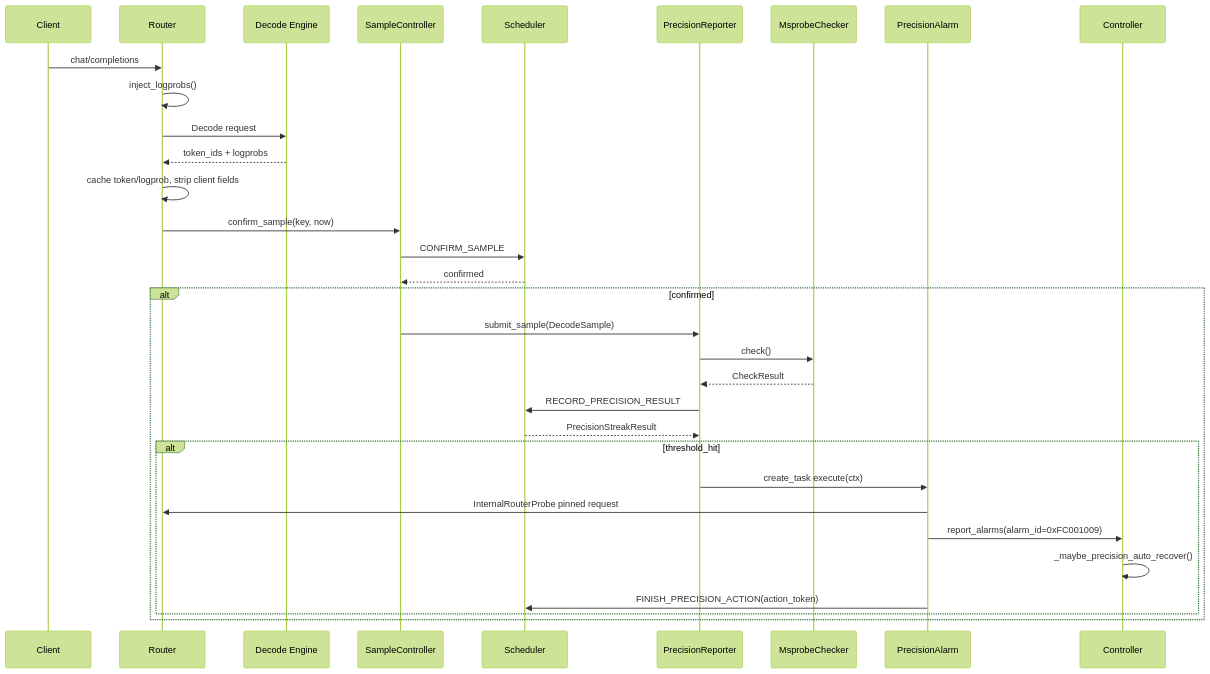
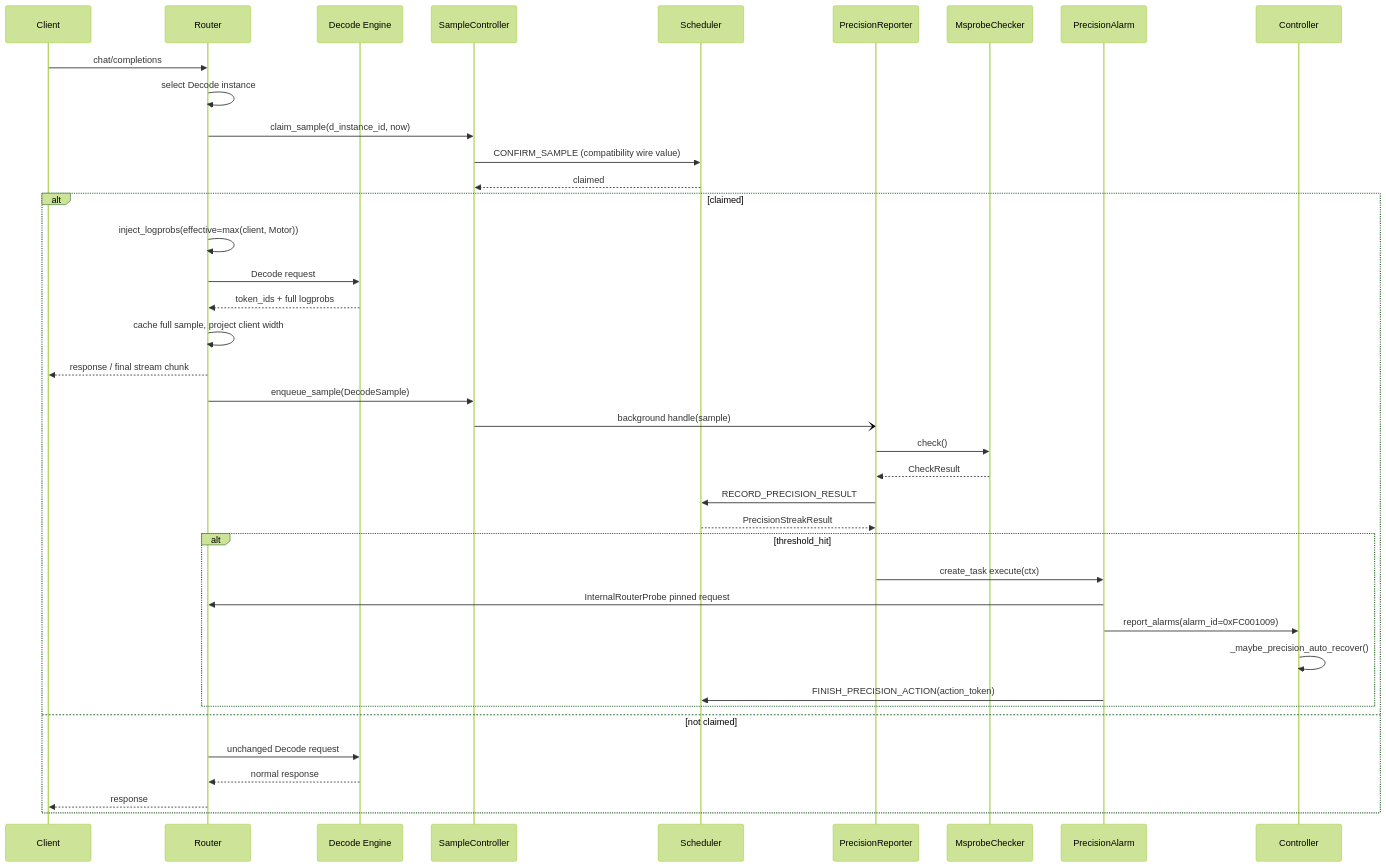
The first of 2 diagrams in docs/zh/design/fault_tolerance/precision_detection.md (Ascend/MindIE-Motor), drawn with Mermaid (forest theme) before and after one commit. The commit also changed other lines of this file and 23 other files, not shown here.

````diff
--- a/docs/zh/design/fault_tolerance/precision_detection.md
+++ b/docs/zh/design/fault_tolerance/precision_detection.md
@@ -190,35 +196,42 @@
 ```mermaid
 sequenceDiagram
     participant C as Client
     participant R as Router
     participant D as Decode Engine
     participant SC as SampleController
     participant S as Scheduler
     participant PR as PrecisionReporter
     participant M as MsprobeChecker
     participant A as PrecisionAlarm
     participant Ctrl as Controller
 
     C->>R: chat/completions
-    R->>R: inject_logprobs()
-    R->>D: Decode request
-    D-->>R: token_ids + logprobs
-    R->>R: cache token/logprob, strip client fields
-    R->>SC: confirm_sample(key, now)
-    SC->>S: CONFIRM_SAMPLE
-    S-->>SC: confirmed
-    alt confirmed
-        SC->>PR: submit_sample(DecodeSample)
+    R->>R: select Decode instance
+    R->>SC: claim_sample(d_instance_id, now)
+    SC->>S: CONFIRM_SAMPLE (compatibility wire value)
+    S-->>SC: claimed
+    alt claimed
+        R->>R: inject_logprobs(effective=max(client, Motor))
+        R->>D: Decode request
+        D-->>R: token_ids + full logprobs
+        R->>R: cache full sample, project client width
+        R-->>C: response / final stream chunk
+        R->>SC: enqueue_sample(DecodeSample)
+        SC-)PR: background handle(sample)
         PR->>M: check()
         M-->>PR: CheckResult
         PR->>S: RECORD_PRECISION_RESULT
         S-->>PR: PrecisionStreakResult
         alt threshold_hit
             PR->>A: create_task execute(ctx)
             A->>R: InternalRouterProbe pinned request
             A->>Ctrl: report_alarms(alarm_id=0xFC001009)
             Ctrl->>Ctrl: _maybe_precision_auto_recover()
             A->>S: FINISH_PRECISION_ACTION(action_token)
         end
+    else not claimed
+        R->>D: unchanged Decode request
+        D-->>R: normal response
+        R-->>C: response
     end
 ```
````
